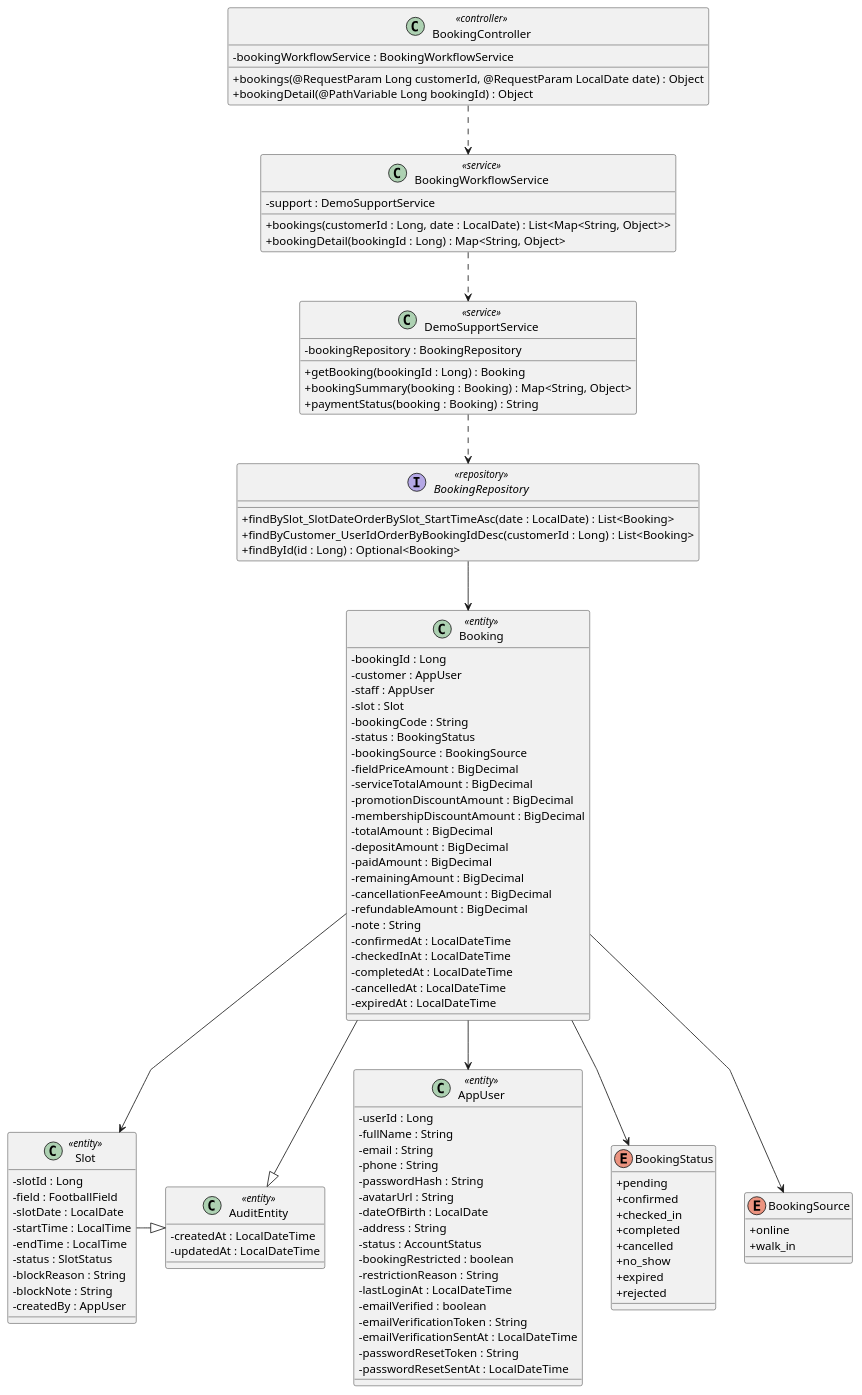
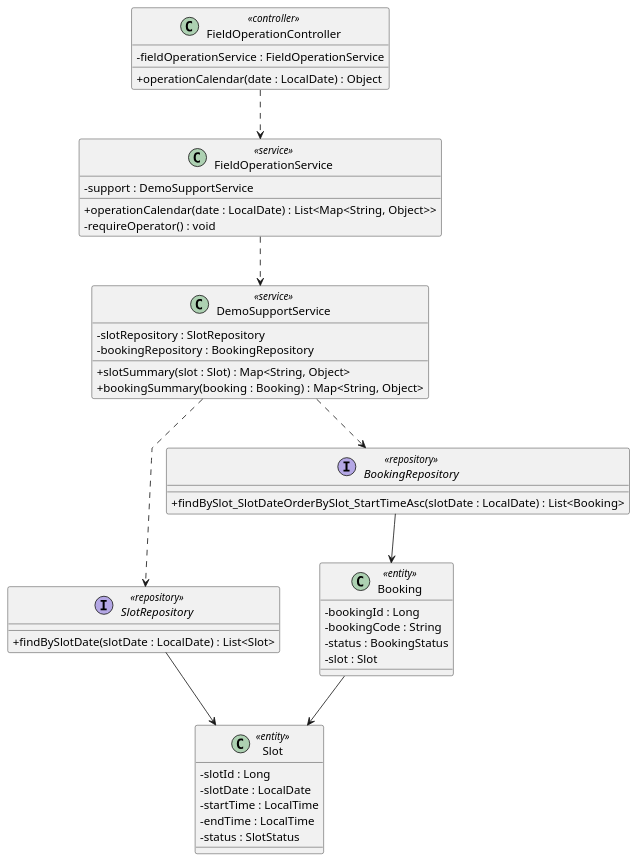
One commit to maxwell1904/SWP391_G3 changed the diagram in docs/Class Diagram/view-field-operation-calendar.puml. Above: the diagram before and after it, drawn with PlantUML. The commit also changed 40 other files, not shown here.

Commit message:
align code-first docs and complete suggestion flow

```diff
--- a/docs/Class Diagram/view-field-operation-calendar.puml
+++ b/docs/Class Diagram/view-field-operation-calendar.puml
@@ -1,126 +1,46 @@
 @startuml
-
 skinparam classAttributeIconSize 0
 skinparam linetype polyline
 
-class BookingController <<controller>> {
-    -bookingWorkflowService : BookingWorkflowService
-
-    +bookings(@RequestParam Long customerId, @RequestParam LocalDate date) : Object
-    +bookingDetail(@PathVariable Long bookingId) : Object
+class FieldOperationController <<controller>> {
+  -fieldOperationService : FieldOperationService
+  +operationCalendar(date : LocalDate) : Object
 }
-
-class BookingWorkflowService <<service>> {
-    -support : DemoSupportService
-
-    +bookings(customerId : Long, date : LocalDate) : List<Map<String, Object>>
-    +bookingDetail(bookingId : Long) : Map<String, Object>
+class FieldOperationService <<service>> {
+  -support : DemoSupportService
+  +operationCalendar(date : LocalDate) : List<Map<String, Object>>
+  -requireOperator() : void
 }
-
 class DemoSupportService <<service>> {
-    -bookingRepository : BookingRepository
-    
-
-    +getBooking(bookingId : Long) : Booking
-    +bookingSummary(booking : Booking) : Map<String, Object>
-    +paymentStatus(booking : Booking) : String
+  -slotRepository : SlotRepository
+  -bookingRepository : BookingRepository
+  +slotSummary(slot : Slot) : Map<String, Object>
+  +bookingSummary(booking : Booking) : Map<String, Object>
 }
-
+interface SlotRepository <<repository>> {
+  +findBySlotDate(slotDate : LocalDate) : List<Slot>
+}
 interface BookingRepository <<repository>> {
-    +findBySlot_SlotDateOrderBySlot_StartTimeAsc(date : LocalDate) : List<Booking>
-    +findByCustomer_UserIdOrderByBookingIdDesc(customerId : Long) : List<Booking>
-    +findById(id : Long) : Optional<Booking>
+  +findBySlot_SlotDateOrderBySlot_StartTimeAsc(slotDate : LocalDate) : List<Booking>
 }
-
-class AuditEntity <<entity>> {
-    -createdAt : LocalDateTime
-    -updatedAt : LocalDateTime
+class Slot <<entity>> {
+  -slotId : Long
+  -slotDate : LocalDate
+  -startTime : LocalTime
+  -endTime : LocalTime
+  -status : SlotStatus
 }
-
 class Booking <<entity>> {
-    -bookingId : Long
-    -customer : AppUser
-    -staff : AppUser
-    -slot : Slot
-    -bookingCode : String
-    -status : BookingStatus
-    -bookingSource : BookingSource
-    -fieldPriceAmount : BigDecimal
-    -serviceTotalAmount : BigDecimal
-    -promotionDiscountAmount : BigDecimal
-    -membershipDiscountAmount : BigDecimal
-    -totalAmount : BigDecimal
-    -depositAmount : BigDecimal
-    -paidAmount : BigDecimal
-    -remainingAmount : BigDecimal
-    -cancellationFeeAmount : BigDecimal
-    -refundableAmount : BigDecimal
-    -note : String
-    -confirmedAt : LocalDateTime
-    -checkedInAt : LocalDateTime
-    -completedAt : LocalDateTime
-    -cancelledAt : LocalDateTime
-    -expiredAt : LocalDateTime
+  -bookingId : Long
+  -bookingCode : String
+  -status : BookingStatus
+  -slot : Slot
 }
-
-class Slot <<entity>> {
-    -slotId : Long
-    -field : FootballField
-    -slotDate : LocalDate
-    -startTime : LocalTime
-    -endTime : LocalTime
-    -status : SlotStatus
-    -blockReason : String
-    -blockNote : String
-    -createdBy : AppUser
-}
-
-class AppUser <<entity>> {
-    -userId : Long
-    -fullName : String
-    -email : String
-    -phone : String
-    -passwordHash : String
-    -avatarUrl : String
-    -dateOfBirth : LocalDate
-    -address : String
-    -status : AccountStatus
-    -bookingRestricted : boolean
-    -restrictionReason : String
-    -lastLoginAt : LocalDateTime
-    -emailVerified : boolean
-    -emailVerificationToken : String
-    -emailVerificationSentAt : LocalDateTime
-    -passwordResetToken : String
-    -passwordResetSentAt : LocalDateTime
-}
-
-enum BookingStatus {
-    + pending
-    + confirmed
-    + checked_in
-    + completed
-    + cancelled
-    + no_show
-    + expired
-    + rejected
-}
-
-enum BookingSource {
-    + online
-    + walk_in
-}
-
-' Relationships
-BookingController ..> BookingWorkflowService
-BookingWorkflowService ..> DemoSupportService
+FieldOperationController ..> FieldOperationService
+FieldOperationService ..> DemoSupportService
+DemoSupportService ..> SlotRepository
 DemoSupportService ..> BookingRepository
+SlotRepository --> Slot
 BookingRepository --> Booking
 Booking --> Slot
-Booking --> AppUser
-Booking --> BookingStatus
-Booking --> BookingSource
-Slot -|> AuditEntity
-Booking -|> AuditEntity
-
 @enduml
```
